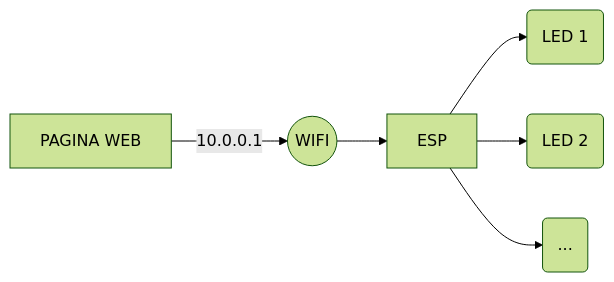
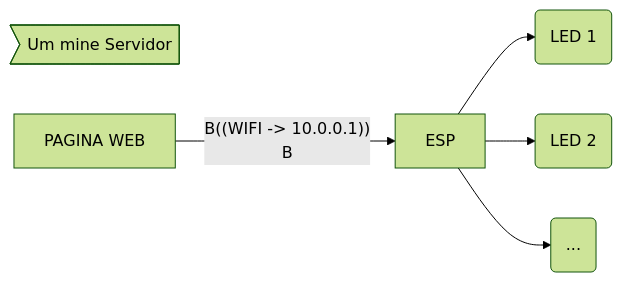
Before and after one commit to Condiolov/AppCasa: the second of 4 diagrams in README.md, drawn with Mermaid (forest theme). The commit also changed other lines of this file, not shown here.

````diff
--- a/README.md
+++ b/README.md
@@ -28,8 +28,9 @@
 ```mermaid
 graph LR
-A[PAGINA WEB] -- 10.0.0.1 --> B((WIFI))
+NOTA>Um mine Servidor]
+A[PAGINA WEB] -- B((WIFI -> 10.0.0.1))
 B --> D[ESP]
 D-->E(LED 1)
 D-->F(LED 2)
 D-->H(...)
 ```
````
